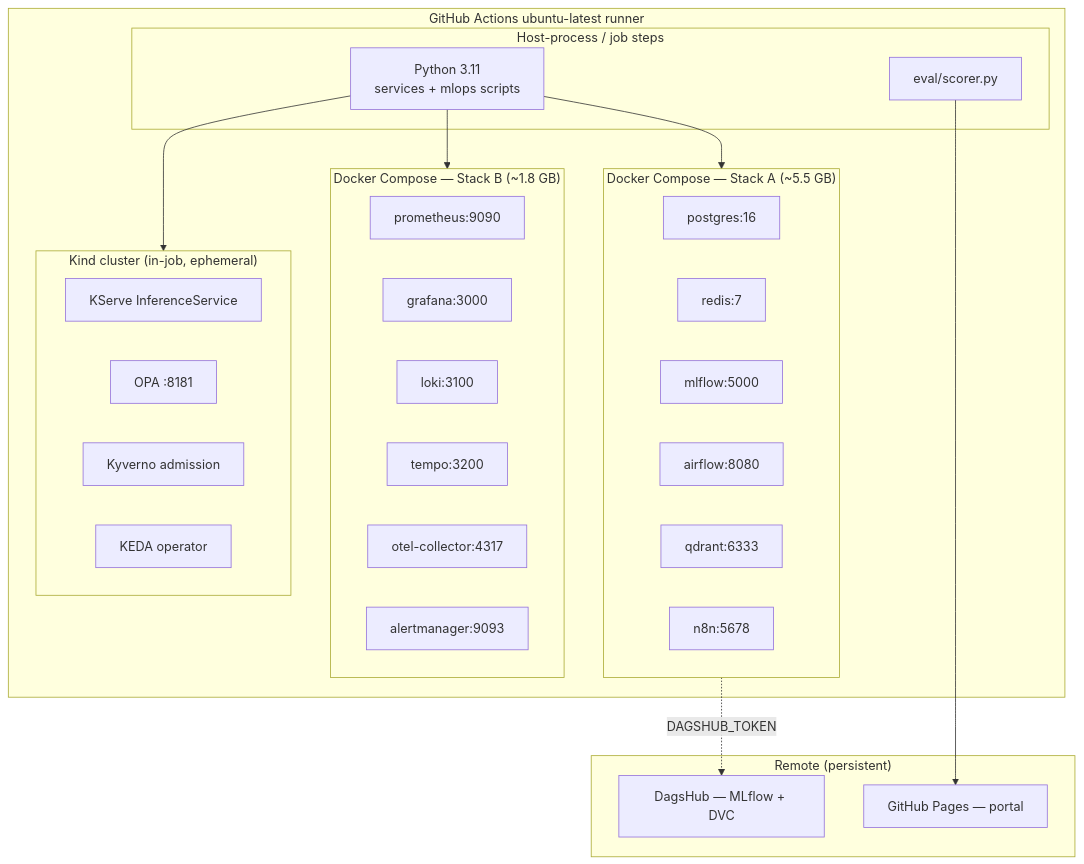
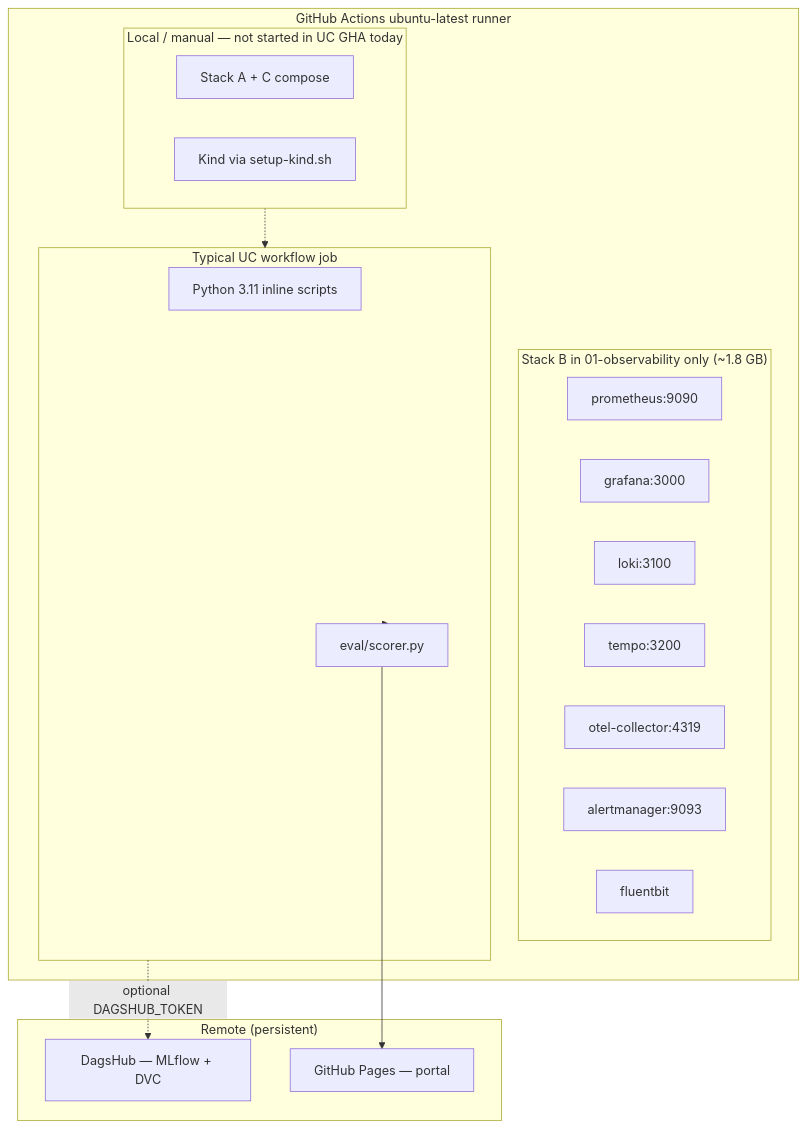
Before and after one commit to sanjeev0120test/observable-mlops-platform: diagram 27 of 55 in README.md, drawn with Mermaid. The commit also changed other lines of this file, not shown here.

First line of the commit message:
README audit: align docs with actual CI and compose layout

````diff
--- a/README.md
+++ b/README.md
@@ -2059,43 +2067,34 @@
 ```mermaid
 flowchart TB
     subgraph Runner["GitHub Actions ubuntu-latest runner"]
-        subgraph ComposeA["Docker Compose — Stack A (~5.5 GB)"]
-            PG["postgres:16"]
-            RD["redis:7"]
-            MLF["mlflow:5000"]
-            AF["airflow:8080"]
-            QD["qdrant:6333"]
-            N8["n8n:5678"]
-        end
-
-        subgraph ComposeB["Docker Compose — Stack B (~1.8 GB)"]
+        subgraph ComposeB["Stack B in 01-observability only (~1.8 GB)"]
             PR["prometheus:9090"]
             GF["grafana:3000"]
             LO["loki:3100"]
             TE["tempo:3200"]
-            OC["otel-collector:4317"]
+            OC["otel-collector:4319"]
             AL["alertmanager:9093"]
+            FB["fluentbit"]
         end
 
-        subgraph Kind["Kind cluster (in-job, ephemeral)"]
-            KS["KServe InferenceService"]
-            OP["OPA :8181"]
-            KY["Kyverno admission"]
-            KE["KEDA operator"]
+        subgraph UcJob["Typical UC workflow job"]
+            PY["Python 3.11 inline scripts"]
+            EV["eval/scorer.py"]
         end
 
-        subgraph SvcHost["Host-process / job steps"]
-            PY["Python 3.11<br/>services + mlops scripts"]
-            EV["eval/scorer.py"]
+        subgraph LocalOnly["Local / manual — not started in UC GHA today"]
+            CA["Stack A + C compose"]
+            KD["Kind via setup-kind.sh"]
         end
     end
 
     subgraph Remote["Remote (persistent)"]
         DH["DagsHub — MLflow + DVC"]
         GH["GitHub Pages — portal"]
     end
 
-    PY --> ComposeA & ComposeB & Kind
+    UcJob --> EV
+    UcJob -.->|"optional DAGSHUB_TOKEN"| DH
+    LocalOnly -.-> UcJob
     EV --> GH
-    ComposeA -.->|"DAGSHUB_TOKEN"| DH
 ```
````
